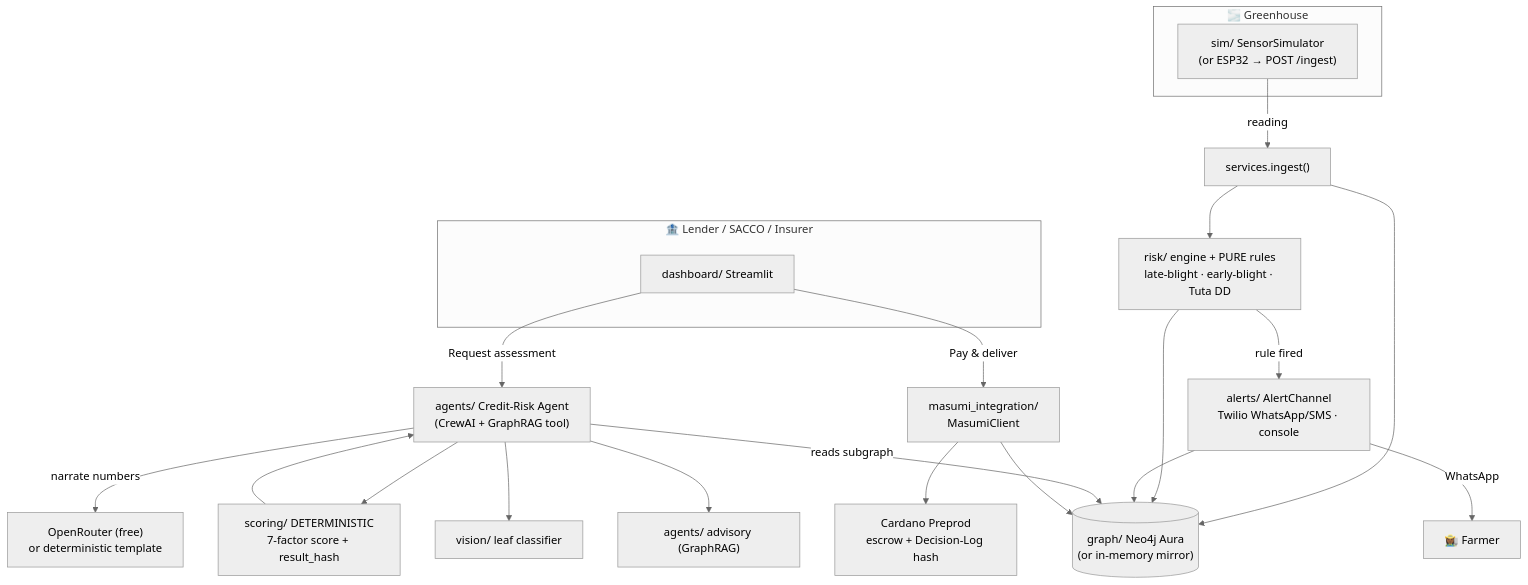
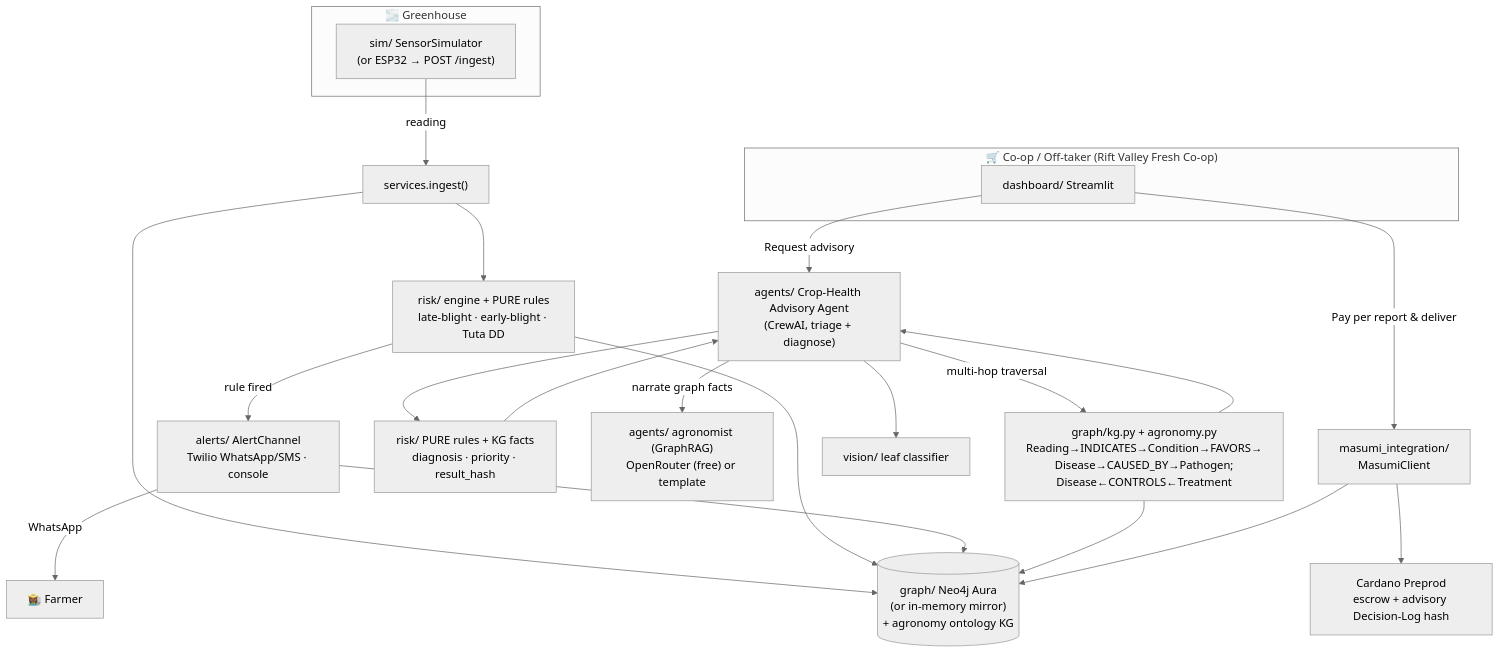
The first of 2 diagrams in docs/architecture.md (NguituiRyan/angawatchkenyaai), drawn with Mermaid (neutral theme) before and after one commit. The commit also changed other lines of this file and 8 other files, not shown here.

````diff
--- a/docs/architecture.md
+++ b/docs/architecture.md
@@ -14,27 +22,28 @@
 ```mermaid
 flowchart TD
     subgraph Field["🌫️ Greenhouse"]
         SIM["sim/ SensorSimulator<br/>(or ESP32 → POST /ingest)"]
     end
     SIM -->|reading| ING["services.ingest()"]
     ING --> RISK["risk/ engine + PURE rules<br/>late-blight · early-blight · Tuta DD"]
     RISK -->|rule fired| ALERT["alerts/ AlertChannel<br/>Twilio WhatsApp/SMS · console"]
     ALERT -->|WhatsApp| FARMER["👩🏾‍🌾 Farmer"]
-    ING --> GRAPH[("graph/ Neo4j Aura<br/>(or in-memory mirror)")]
+    ING --> GRAPH[("graph/ Neo4j Aura<br/>(or in-memory mirror)<br/>+ agronomy ontology KG")]
     RISK --> GRAPH
     ALERT --> GRAPH
 
-    subgraph Finance["🏦 Lender / SACCO / Insurer"]
+    subgraph Buyer["🛒 Co-op / Off-taker (Rift Valley Fresh Co-op)"]
         DASH["dashboard/ Streamlit"]
     end
-    DASH -->|Request assessment| AGENT["agents/ Credit-Risk Agent<br/>(CrewAI + GraphRAG tool)"]
-    AGENT -->|reads subgraph| GRAPH
-    AGENT --> SCORER["scoring/ DETERMINISTIC<br/>7-factor score + result_hash"]
-    SCORER --> AGENT
-    AGENT -->|narrate numbers| LLM["OpenRouter (free)<br/>or deterministic template"]
-    DASH -->|Pay & deliver| MASUMI["masumi_integration/<br/>MasumiClient"]
-    MASUMI --> CHAIN["Cardano Preprod<br/>escrow + Decision-Log hash"]
+    DASH -->|Request advisory| AGENT["agents/ Crop-Health Advisory Agent<br/>(CrewAI, triage + diagnose)"]
+    AGENT -->|multi-hop traversal| KG["graph/kg.py + agronomy.py<br/>Reading→INDICATES→Condition→FAVORS→<br/>Disease→CAUSED_BY→Pathogen;<br/>Disease←CONTROLS←Treatment"]
+    KG --> GRAPH
+    KG --> AGENT
+    AGENT --> RULES["risk/ PURE rules + KG facts<br/>diagnosis · priority · result_hash"]
+    RULES --> AGENT
+    AGENT -->|narrate graph facts| LLM["agents/ agronomist (GraphRAG)<br/>OpenRouter (free) or template"]
+    DASH -->|Pay per report & deliver| MASUMI["masumi_integration/<br/>MasumiClient"]
+    MASUMI --> CHAIN["Cardano Preprod<br/>escrow + advisory Decision-Log hash"]
     MASUMI --> GRAPH
     AGENT --> VISION["vision/ leaf classifier"]
-    AGENT --> ADV["agents/ advisory (GraphRAG)"]
 ```
````
